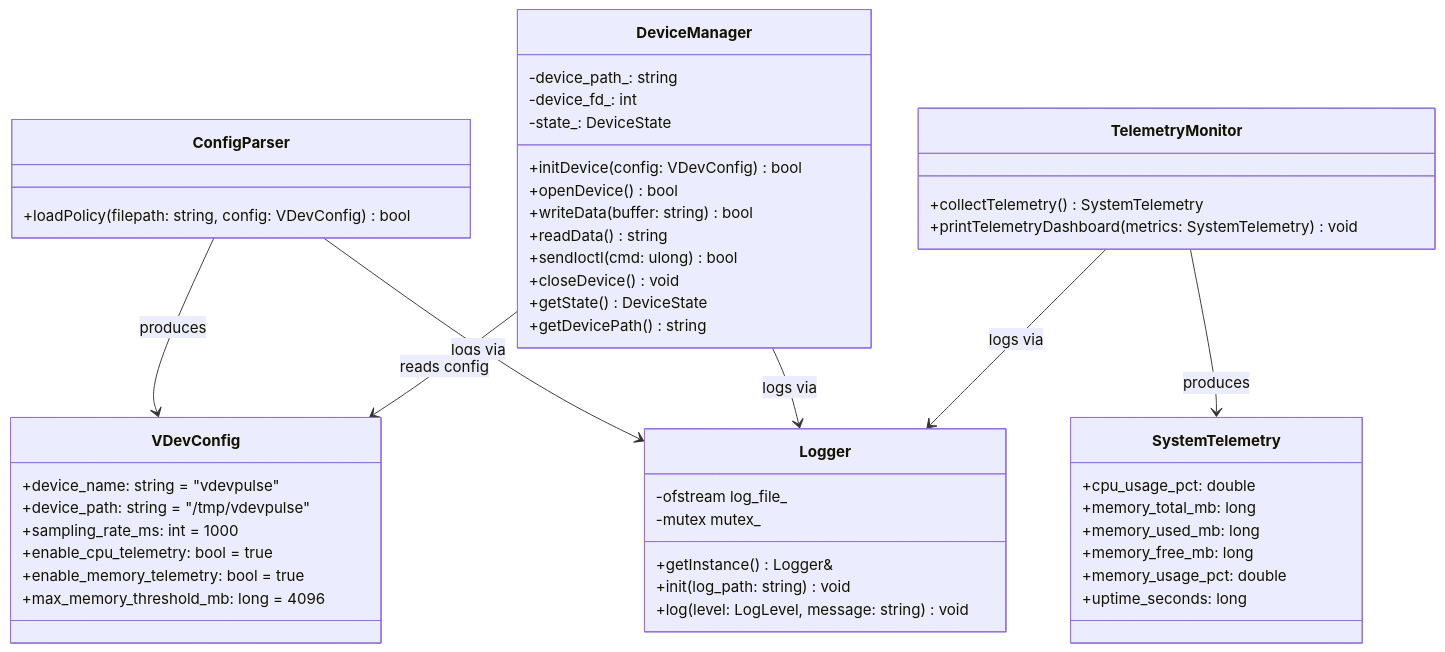
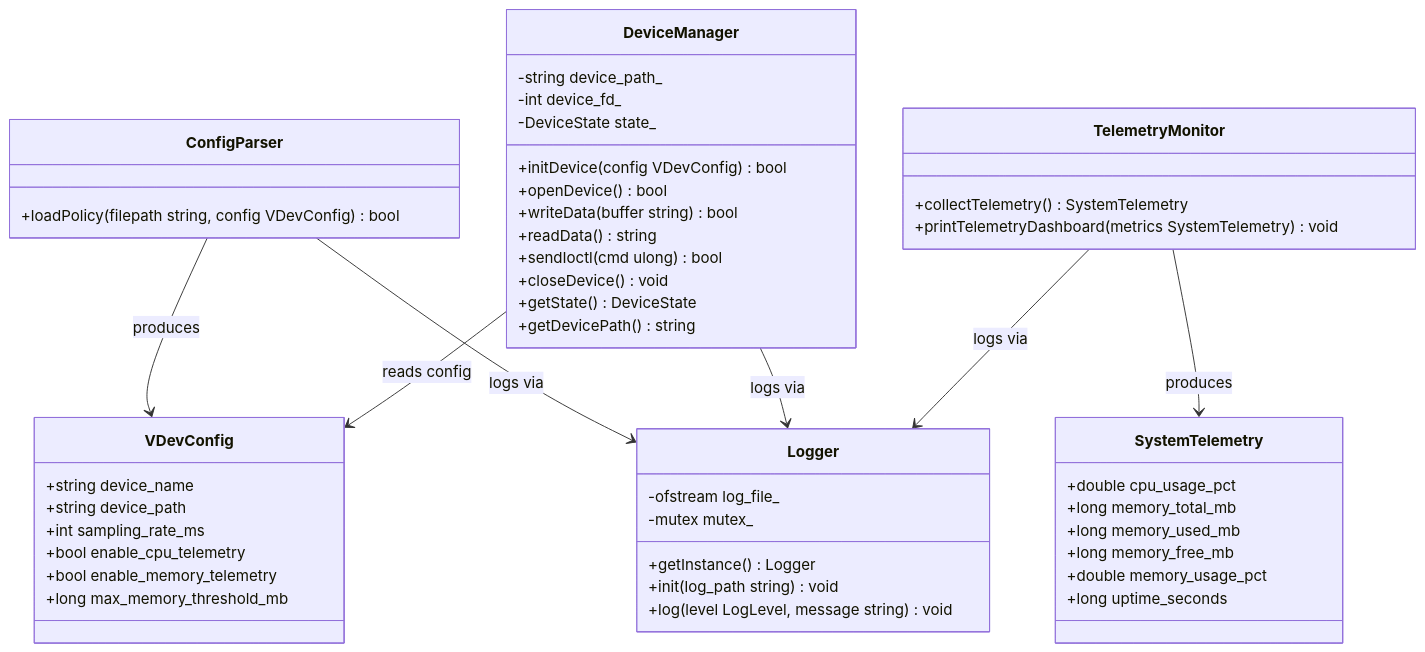
The first of 3 diagrams in Wipro Individual Project/vdevpulse/docs/stage3_architecture.md (priyansudas07/Wipro-Embedded-Training), drawn with Mermaid before and after one commit. The commit also changed other lines of this file, not shown here.

Commit message:
Fix Mermaid state diagram and sequence diagram syntax in Stage 3 architecture doc

````diff
--- a/Wipro Individual Project/vdevpulse/docs/stage3_architecture.md
+++ b/Wipro Individual Project/vdevpulse/docs/stage3_architecture.md
@@ -118,58 +118,58 @@
 ```mermaid
 classDiagram
     class Logger {
         -ofstream log_file_
         -mutex mutex_
-        +getInstance() Logger&
-        +init(log_path: string) void
-        +log(level: LogLevel, message: string) void
+        +getInstance() Logger
+        +init(log_path string) void
+        +log(level LogLevel, message string) void
     }
 
     class VDevConfig {
-        +device_name: string = "vdevpulse"
-        +device_path: string = "/tmp/vdevpulse"
-        +sampling_rate_ms: int = 1000
-        +enable_cpu_telemetry: bool = true
-        +enable_memory_telemetry: bool = true
-        +max_memory_threshold_mb: long = 4096
+        +string device_name
+        +string device_path
+        +int sampling_rate_ms
+        +bool enable_cpu_telemetry
+        +bool enable_memory_telemetry
+        +long max_memory_threshold_mb
     }
 
     class ConfigParser {
-        +loadPolicy(filepath: string, config: VDevConfig) bool
+        +loadPolicy(filepath string, config VDevConfig) bool
     }
 
     class SystemTelemetry {
-        +cpu_usage_pct: double
-        +memory_total_mb: long
-        +memory_used_mb: long
-        +memory_free_mb: long
-        +memory_usage_pct: double
-        +uptime_seconds: long
+        +double cpu_usage_pct
+        +long memory_total_mb
+        +long memory_used_mb
+        +long memory_free_mb
+        +double memory_usage_pct
+        +long uptime_seconds
     }
 
     class TelemetryMonitor {
         +collectTelemetry() SystemTelemetry
-        +printTelemetryDashboard(metrics: SystemTelemetry) void
+        +printTelemetryDashboard(metrics SystemTelemetry) void
     }
 
     class DeviceManager {
-        -device_path_: string
-        -device_fd_: int
-        -state_: DeviceState
-        +initDevice(config: VDevConfig) bool
+        -string device_path_
+        -int device_fd_
+        -DeviceState state_
+        +initDevice(config VDevConfig) bool
         +openDevice() bool
-        +writeData(buffer: string) bool
+        +writeData(buffer string) bool
         +readData() string
-        +sendIoctl(cmd: ulong) bool
+        +sendIoctl(cmd ulong) bool
         +closeDevice() void
         +getState() DeviceState
         +getDevicePath() string
     }
 
     ConfigParser --> VDevConfig : produces
     ConfigParser --> Logger : logs via
     DeviceManager --> VDevConfig : reads config
     DeviceManager --> Logger : logs via
     TelemetryMonitor --> SystemTelemetry : produces
     TelemetryMonitor --> Logger : logs via
 ```
````
